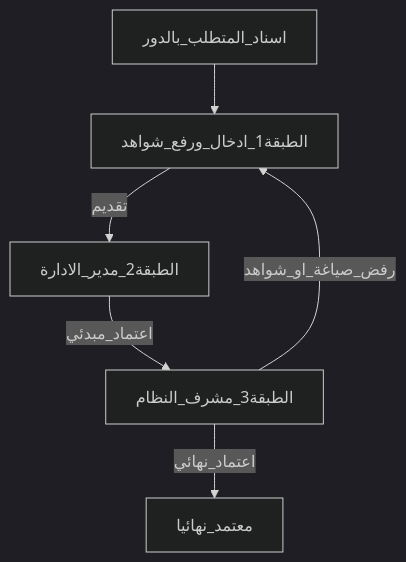
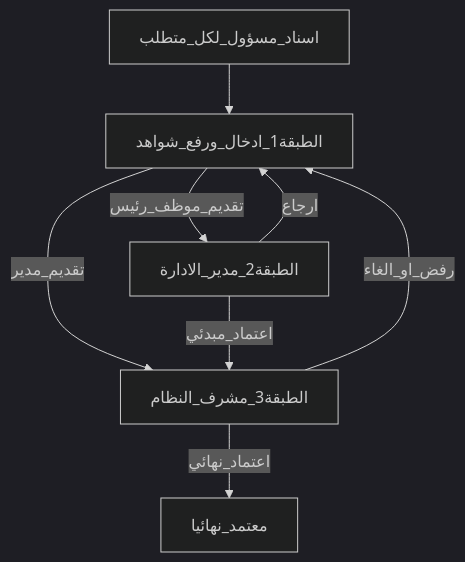
The diagram in miqyas-phase1/docs/architecture-measurement-unification.md (asamani092-ux/mqiasPlatform.zaad), drawn with Mermaid (dark theme) before and after one commit. The commit also changed other lines of this file and 15 other files, not shown here.

````diff
--- a/miqyas-phase1/docs/architecture-measurement-unification.md
+++ b/miqyas-phase1/docs/architecture-measurement-unification.md
@@ -34,12 +34,14 @@
 ```mermaid
 flowchart TB
-  assign[اسناد_المتطلب_بالدور]
+  assign[اسناد_مسؤول_لكل_متطلب]
   L1[الطبقة1_ادخال_ورفع_شواهد]
   L2[الطبقة2_مدير_الادارة]
   L3[الطبقة3_مشرف_النظام]
   assign --> L1
-  L1 -->|تقديم| L2
+  L1 -->|تقديم_موظف_رئيس| L2
+  L1 -->|تقديم_مدير| L3
   L2 -->|اعتماد_مبدئي| L3
-  L3 -->|رفض_صياغة_او_شواهد| L1
+  L2 -->|ارجاع| L1
+  L3 -->|رفض_او_الغاء| L1
   L3 -->|اعتماد_نهائي| Done[معتمد_نهائيا]
 ```
````
